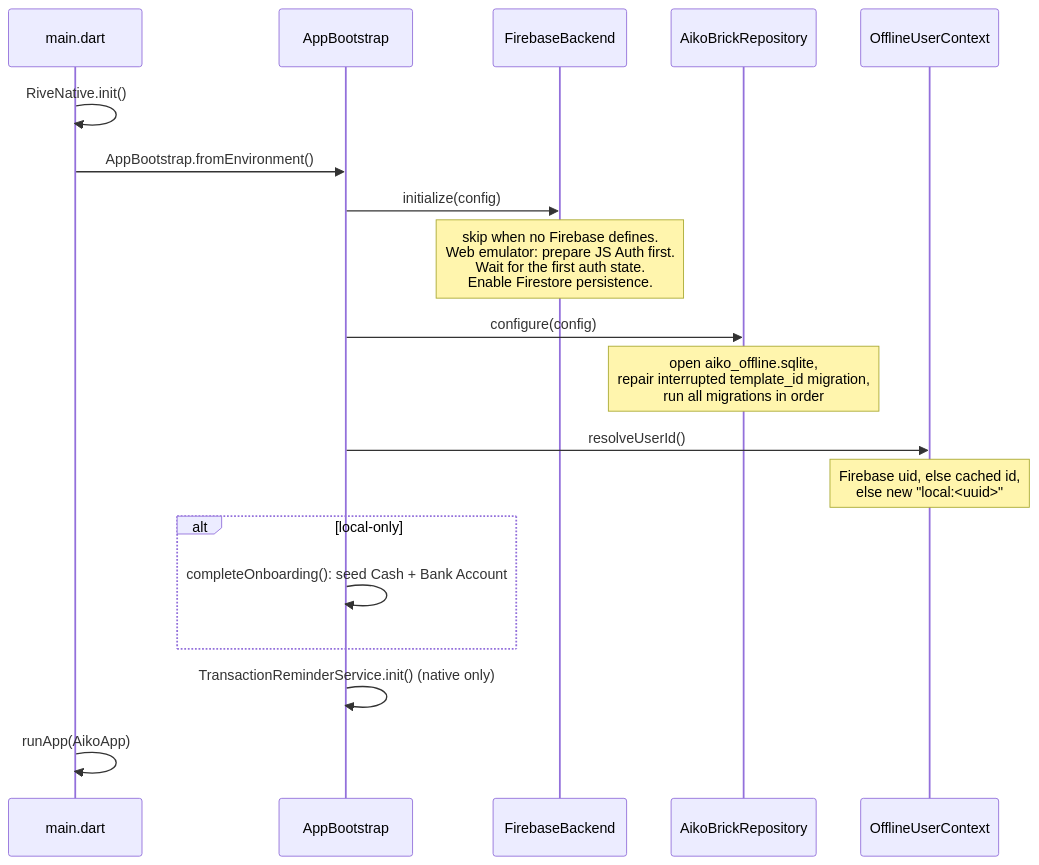
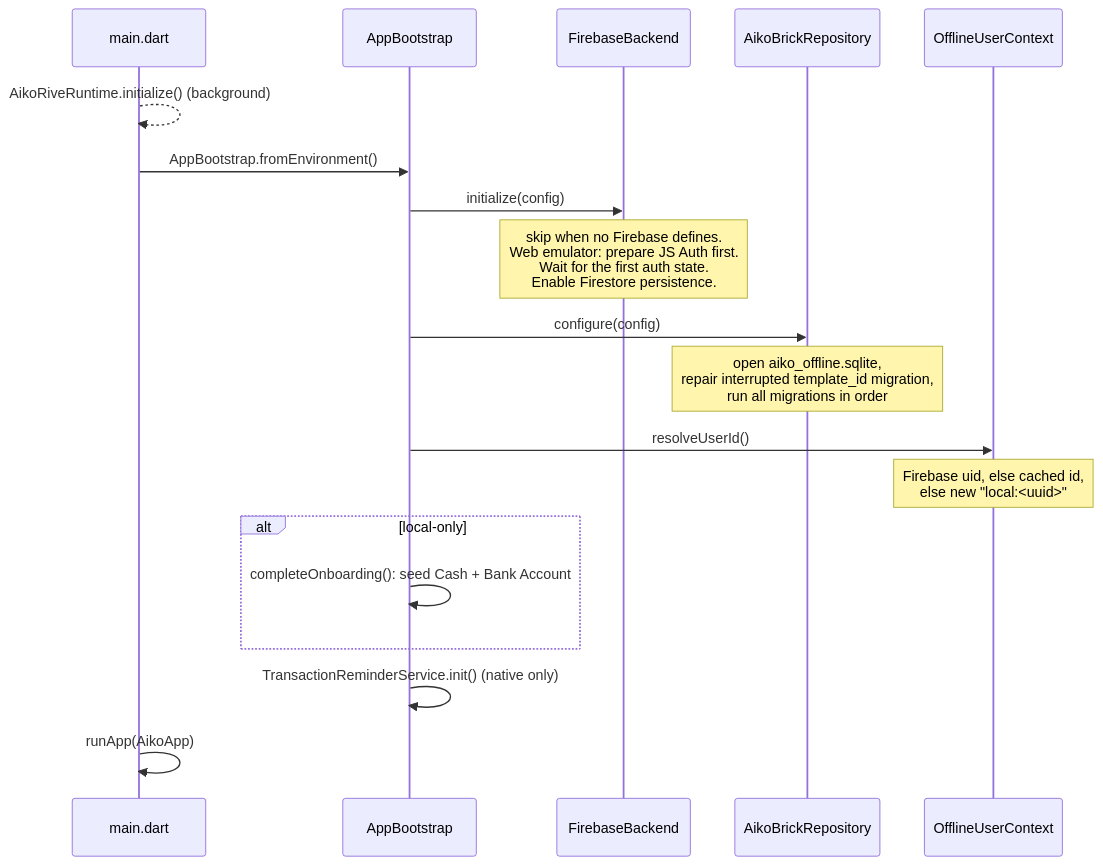
One commit to PePoDev/aiko changed the second of 2 diagrams in docs/architecture.md. Above: the diagram before and after it, drawn with Mermaid. The commit also changed other lines of this file and 36 other files, not shown here.

````diff
--- a/docs/architecture.md
+++ b/docs/architecture.md
@@ -49,21 +49,21 @@
 ```mermaid
 sequenceDiagram
   participant M as main.dart
   participant B as AppBootstrap
   participant F as FirebaseBackend
   participant L as AikoBrickRepository
   participant U as OfflineUserContext
-  M->>M: RiveNative.init()
+  M-->>M: AikoRiveRuntime.initialize() (background)
   M->>B: AppBootstrap.fromEnvironment()
   B->>F: initialize(config)
   Note over F: skip when no Firebase defines.<br/>Web emulator: prepare JS Auth first.<br/>Wait for the first auth state.<br/>Enable Firestore persistence.
   B->>L: configure(config)
   Note over L: open aiko_offline.sqlite,<br/>repair interrupted template_id migration,<br/>run all migrations in order
   B->>U: resolveUserId()
   Note over U: Firebase uid, else cached id,<br/>else new "local:<uuid>"
   alt local-only
     B->>B: completeOnboarding(): seed Cash + Bank Account
   end
   B->>B: TransactionReminderService.init() (native only)
   M->>M: runApp(AikoApp)
 ```
````
